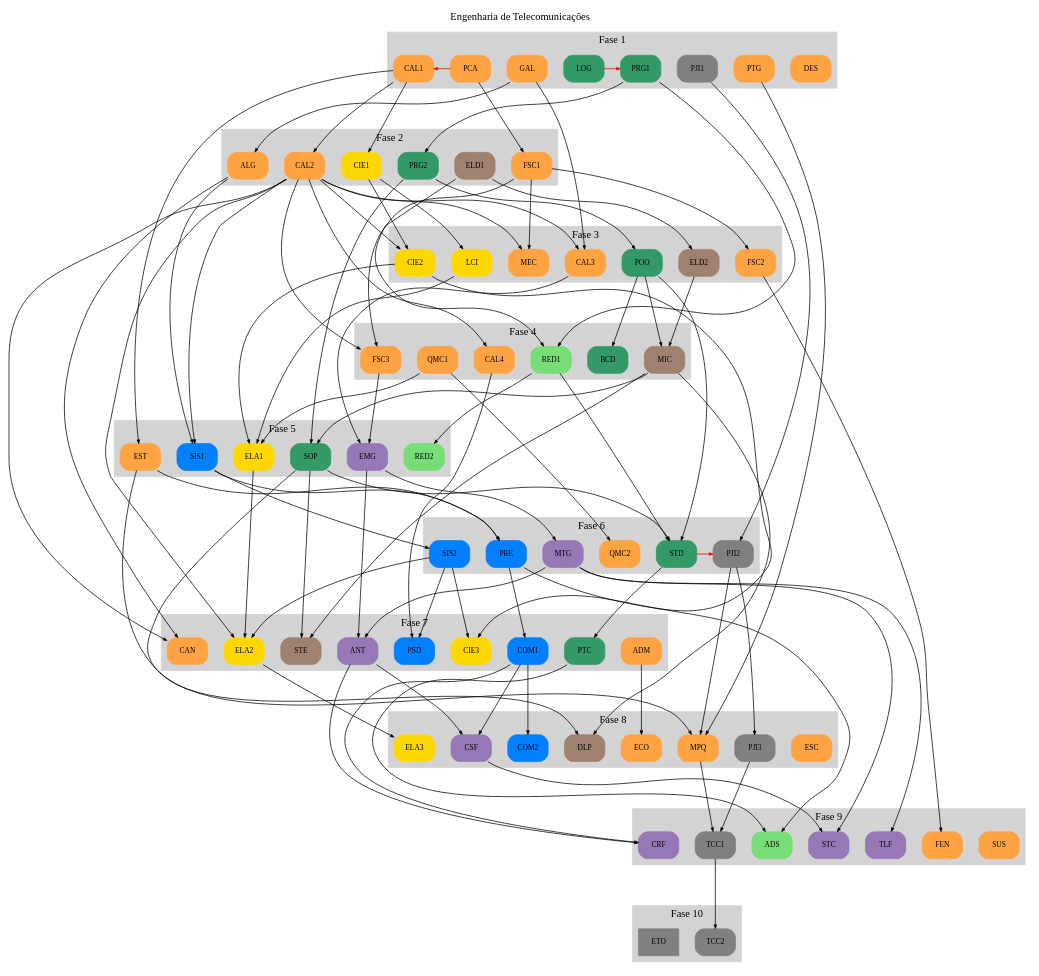
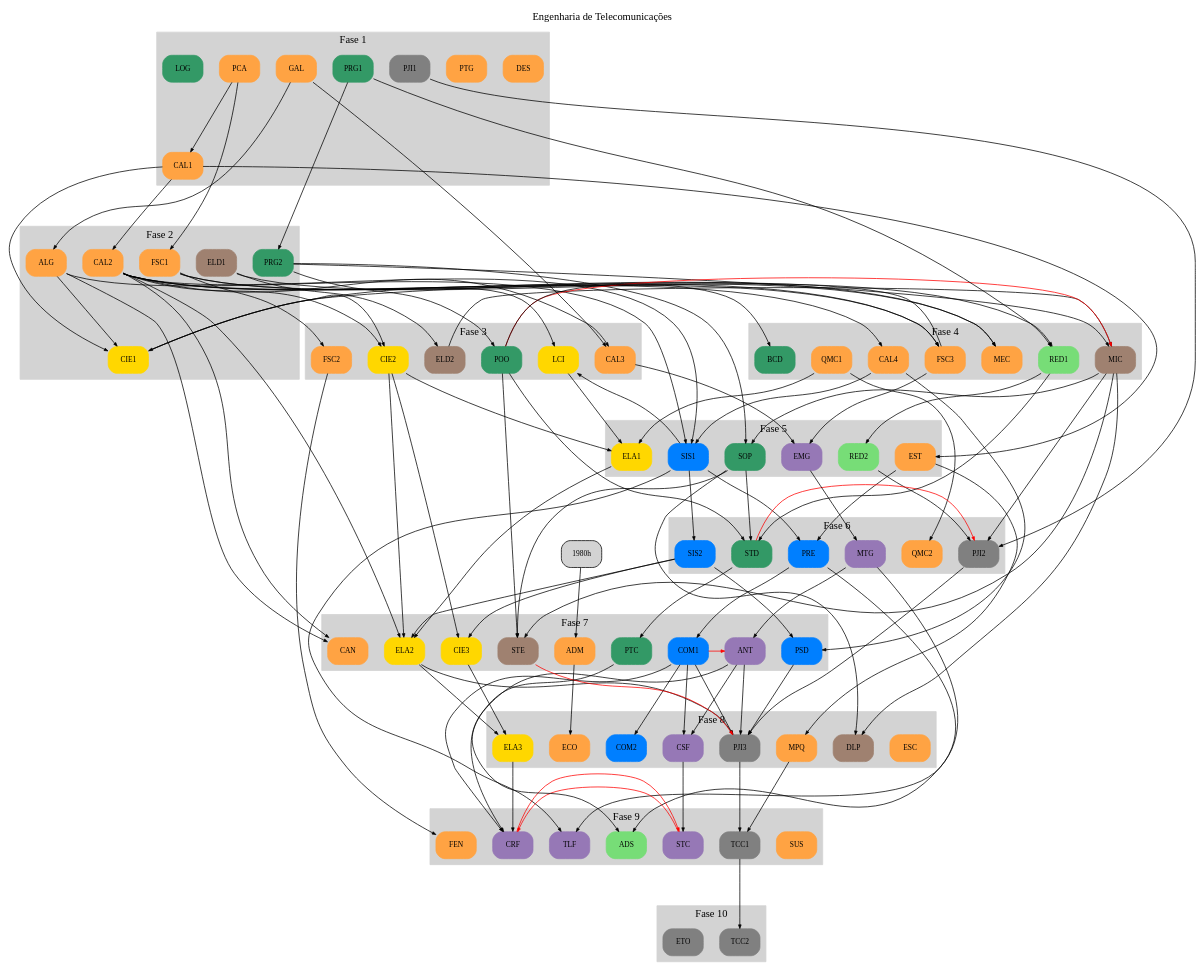
One commit to emersonmello/grade-dot-engtelecom changed the diagram in engtelecom.dot. Above: the diagram before and after it, drawn with Graphviz.

Commit message:
ajuste de CH e pré-requisitos comissão - 25/10

```diff
--- a/engtelecom.dot
+++ b/engtelecom.dot
@@ -2,7 +2,7 @@
     layout = dot  // circo, dot, fdp, neato, osage, sfdp, twopi
     label ="Engenharia de Telecomunicações"
     labelloc = t
-    graph [nodesep=0.3, ranksep=1.3]
+    graph [nodesep=0.3, ranksep=1.3, splines=lines] # ortho
     node [labelloc=c fontsize=10, style=filled, shape=box, style="rounded,filled"]
     edge [arrowsize=.5]
 
@@ -10,53 +10,55 @@
     // Pré-requisitos
 
     // Eixo laranja
-    {} -> ADM
+    {"1980h"} -> ADM
     {} -> DES
     {} -> ESC
-    {} -> GAL
-    {} -> PCA
     {} -> PTG
     {} -> QMC1
     {} -> SUS
+    {ADM} -> ECO
+    {CAL1} -> EST
+    {FSC2} -> FEN
+    {CAL2 FSC1} -> MEC
+    {EST} -> MPQ # TODO verificar se PJI2 e PTG devem ser pré-requisito
+    {QMC1} -> QMC2
 
+    {} -> PCA
+    {} -> GAL
     {GAL} -> ALG
-    {PCA} -> CAL1 [constraint=false,color="#FF0000"]
+    {PCA} -> CAL1 #[constraint=false,color="#FF0000"]
     {CAL1} -> CAL2
     {GAL CAL2} -> CAL3
     {CAL2} -> CAL4
     {ALG CAL2} -> CAN
-    {ADM} -> ECO
-    {CAL1} -> EST
-    {FSC2} -> FEN
     {PCA} -> FSC1
     {FSC1} -> FSC2
     {FSC1 CAL2} -> FSC3
-    {CAL2 FSC1} -> MEC
-    {EST PJI2 PTG} -> MPQ # TODO verificar se PJI2 e PTG devem ser pré-requisito
-    {QMC1} -> QMC2 # TODO a confirmar
+    
 
     // Eixo amarelo
-    {CAL1} -> CIE1
+    {CAL1 ALG FSC3} -> CIE1
     {CIE1 CAL2} -> CIE2
     {CIE2 SIS2} -> CIE3 # TODO verificar
     {CIE2 LCI QMC1} -> ELA1 # TODO verificar
-    {CAL2 ELA1 SIS2} -> ELA2
-    {ELA2} -> ELA3
-    {CIE1} -> LCI
+    {CAL2 CIE2 ELA1 SIS2} -> ELA2
+    {ELA2 CIE3} -> ELA3
+    {CIE1 SIS1} -> LCI
 
     // Eixo azul
-    {PRE} -> COM1
-    {COM1} -> COM2
-    {EST SIS1} -> PRE
-    {CAL2 ALG} -> SIS1
+    {PRE} -> COM1 # recomendada: sis2
+    {COM1} -> COM2 # recomendada: PSD
+    {EST SIS1} -> PRE # recomendada: PRG1, CAL4
+    {CAL2 ALG CAL4} -> SIS1
     {SIS1} -> SIS2
-    {CAL4 SIS2} -> PSD
+    {CAL4 SIS2} -> PSD  # recomendada: CAN
 
     // Eixo cinza
     {} -> PJI1
-    {PJI1} -> PJI2 # TODO colocar STD como pré-requisito
+    {PJI1 RED2 MIC} -> PJI2 # TODO colocar STD como pré-requisito
     {STD} -> PJI2 [color="#FF0000" constraint=false]
-    {PJI2} -> PJI3
+    {PJI2 ANT ELA2 PSD COM1} -> PJI3 # recomendada DLP
+    {STE} -> PJI3 [color="#FF0000" constraint=false]
     {MPQ PJI3} -> TCC1 # TODO colocar CH como pré-requisito - tirei PTG
     {TCC1} -> TCC2
 
@@ -64,17 +66,21 @@
     {SOP MIC} -> DLP
     {} -> ELD1
     {ELD1} -> ELD2 # ELA1 como recomendada
-    {ELD2 POO} -> MIC
-    {MIC SOP} -> STE # TODO POO foi para pré-requisito de MIC
+    {ELD2 PRG2} -> MIC
+    {POO} -> MIC [color="#FF0000" constraint=false]
+    {MIC SOP POO} -> STE
 
     // Eixo roxo
-    {MTG, EMG} -> ANT
-    {COM1 ANT} -> CRF # TODO
+    {MTG} -> ANT
+    {COM1} -> ANT [color="#FF0000" constraint=false]
+    {COM1 ANT ELA3} -> CRF # recomendada CSF
+    {STC} -> CRF [color="#FF0000" constraint=false]
     {ANT COM1} -> CSF
-    {FSC3 CAL3} -> EMG # TODO
-    {EMG} -> MTG # TODO
-    {MTG CSF} -> STC
-    {MTG} -> TLF # TODO
+    {FSC3 CAL3} -> EMG
+    {EMG} -> MTG # recomendada: CAL4
+    {CSF} -> STC
+    {CRF} -> STC [color="#FF0000" constraint=false]
+    {MTG SIS1} -> TLF 
 
     // Eixo verde claro
     {ELD1 PRG1} -> RED1
@@ -83,7 +89,8 @@
 
     // Eixo verde escuro
     {} -> LOG
-    {LOG} -> PRG1 [color="#FF0000" constraint=false]
+    // {LOG} -> PRG1 [color="#FF0000" constraint=false]
+    {} -> PRG1
     {PRG1} -> PRG2
     {PRG2} -> POO
     {PRG2 MIC} -> SOP
@@ -123,7 +130,6 @@
       label = "Fase 4"
       style=filled
       color=lightgrey
-      node [style=filled,color=white]
 
       RED1 MEC FSC3 BCD CAL4  MIC QMC1
     }
@@ -132,7 +138,6 @@
       label = "Fase 5"
       style=filled
       color=lightgrey
-      node [style=filled,color=white]
 
       SIS1 EST RED2 EMG  ELA1  SOP
     }
@@ -142,7 +147,6 @@
       label = "Fase 6"
       style=filled
       color=lightgrey
-      node [style=filled,color=white]
 
       SIS2 MTG PRE   PJI2 STD QMC2
     }
@@ -151,7 +155,6 @@
       label = "Fase 7"
       style=filled
       color=lightgrey
-      node [style=filled,color=white]
 
       ELA2 CIE3 PSD ANT STE COM1 CAN PTC ADM
     }
@@ -160,7 +163,6 @@
       label = "Fase 8"
       style=filled
       color=lightgrey
-      node [style=filled,color=white]
 
       MPQ CSF COM2 ELA3 DLP ESC BCD PJI3 ECO
     }
@@ -169,7 +171,6 @@
       label = "Fase 9"
       style=filled
       color=lightgrey
-      node [style=filled,color=white]
 
       ADS  TCC1 STC CRF TLF FEN SUS
     }
@@ -178,7 +179,6 @@
       label = "Fase 10"
       style=filled
       color=lightgrey
-      node [style=filled,color=white]
 
       TCC2 ETO
     }
@@ -205,11 +205,11 @@
     FEN [ch=40, color="#FFA343", id=FEN]
     FSC1 [ch=80, color="#FFA343", id=FSC1]
     FSC2 [ch=80, color="#FFA343", id=FSC2]
-    FSC3 [ch=100, color="#FFA343", id=FSC3]
-    GAL [ch=80, color="#FFA343", id=GAL]
+    FSC3 [ch=100, color="#FFA343", id=FSC3] # TODO verificar se terá redução de CH
+    GAL [ch=60, color="#FFA343", id=GAL]
     MEC [ch=40, color="#FFA343", id=MEC]
     MPQ [ch=40, color="#FFA343", id=MPQ]
-    PCA [ch=80, color="#FFA343", id=PCA]
+    PCA [ch=40, color="#FFA343", id=PCA]
     PTG [ch=40, color="#FFA343", id=PTG] # TODO pré-requisito 1980h
     QMC1 [ch=60, color="#FFA343", id=QMC1]
     QMC2 [ch=40, color="#FFA343", id=QMC2]
@@ -229,9 +229,9 @@
     COM1 [ch=100, color="#007FFF", id=COM1]
     COM2 [ch=80, color="#007FFF", id=COM2]
     PRE [ch=80, color="#007FFF", id=PRE]
-    PSD [ch=80, color="#007FFF", id=PSD]
-    SIS1 [ch=100, color="#007FFF", id=SIS1] # TODO, nada definido
-    SIS2 [ch=100, color="#007FFF", id=SIS2] # TODO, nada definido
+    PSD [ch=60, color="#007FFF", id=PSD]
+    SIS1 [ch=60, color="#007FFF", id=SIS1]
+    SIS2 [ch=60, color="#007FFF", id=SIS2]
 
 
     ETO [ch=160, color="#808080", id=ETO]
@@ -245,17 +245,17 @@
     DLP [ch=60, color="#9F8170", id=DLP]
     ELD1 [ch=100, color="#9F8170", id=ELD1]
     ELD2 [ch=100, color="#9F8170", id=ELD2]
-    MIC [ch=120, color="#9F8170", id=MIC]
+    MIC [ch=100, color="#9F8170", id=MIC]
     STE [ch=80, color="#9F8170", id=STE]
 
 
     ANT [ch=80, color="#9678B6", id=ANT]
     CRF [ch=60, color="#9678B6", id=CRF]
     CSF [ch=60, color="#9678B6", id=CSF]
-    EMG [ch=60, color="#9678B6", id=EMG] # TODO, nada definido
+    EMG [ch=60, color="#9678B6", id=EMG]
     MTG [ch=80, color="#9678B6", id=MTG]
     STC [ch=60, color="#9678B6", id=STC]
-    TLF [ch=60, color="#9678B6", id=TLF] # TODO, nada definido
+    TLF [ch=80, color="#9678B6", id=TLF]
 
 
     ADS [ch=40, color="#77DD77", id=ADS]
```
